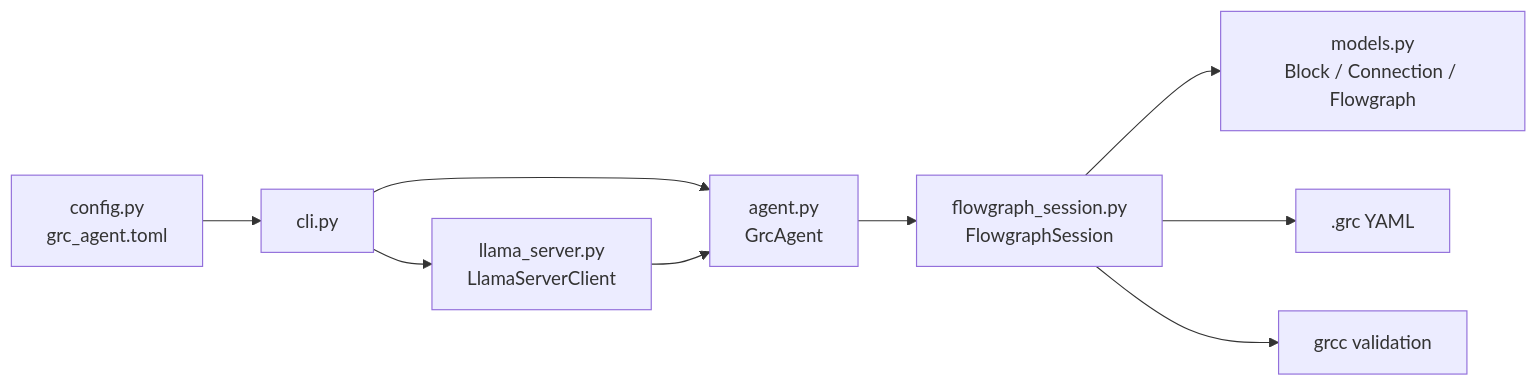
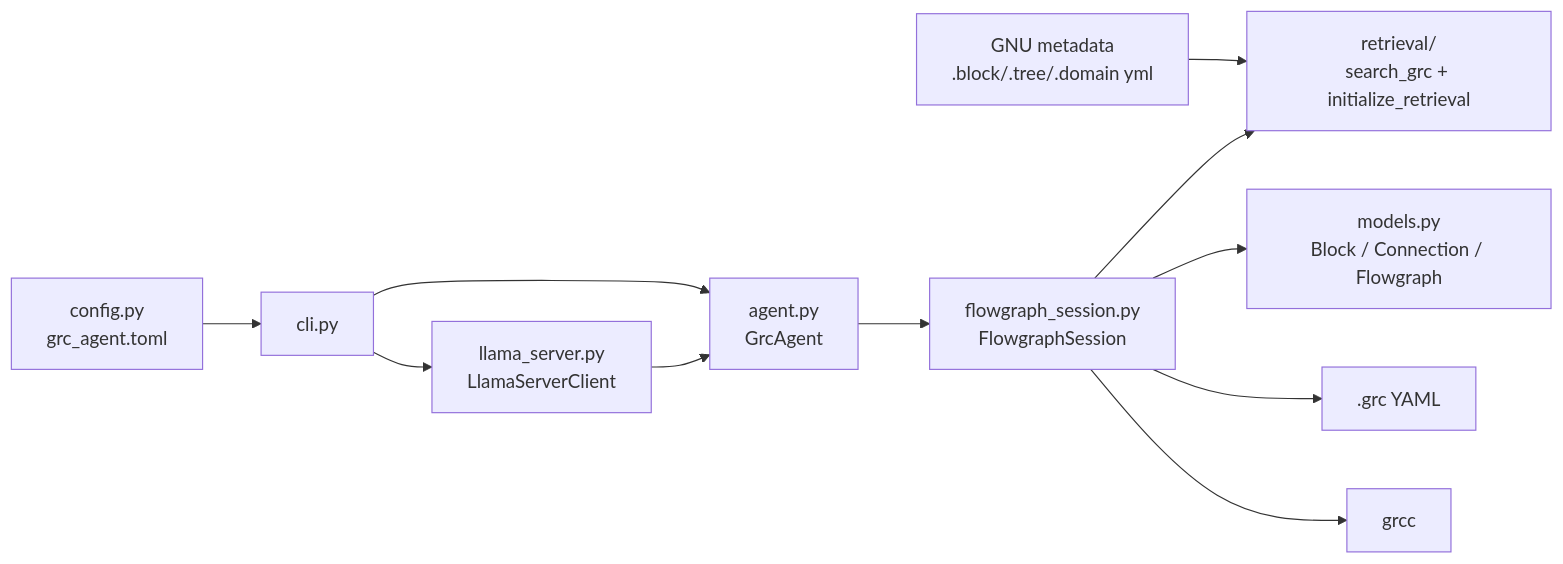
Before and after one commit to qoherent/GRC-Agent: the first of 2 diagrams in docs/PACKAGE_GUIDE.md, drawn with Mermaid. The commit also changed other lines of this file and 30 other files, not shown here.

````diff
--- a/docs/PACKAGE_GUIDE.md
+++ b/docs/PACKAGE_GUIDE.md
@@ -19,19 +16,24 @@
 ```mermaid
 flowchart LR
-  Config[config.py\ngrc_agent.toml]
-  CLI[cli.py]
-  Llama[llama_server.py\nLlamaServerClient]
-  Agent[agent.py\nGrcAgent]
-  Session[flowgraph_session.py\nFlowgraphSession]
-  Models[models.py\nBlock / Connection / Flowgraph]
-  Raw[.grc YAML]
-  Grcc[grcc validation]
+  Config["config.py<br/>grc_agent.toml"]
+  CLI["cli.py"]
+  Llama["llama_server.py<br/>LlamaServerClient"]
+  Agent["agent.py<br/>GrcAgent"]
+  Retrieval["retrieval/<br/>search_grc + initialize_retrieval"]
+  Session["flowgraph_session.py<br/>FlowgraphSession"]
+  Catalog["GNU metadata<br/>.block/.tree/.domain yml"]
+  Models["models.py<br/>Block / Connection / Flowgraph"]
+  Raw[".grc YAML"]
+  Grcc["grcc"]
+
   Config --> CLI
   CLI --> Agent
   CLI --> Llama
   Llama --> Agent
   Agent --> Session
+  Catalog --> Retrieval
+  Session --> Retrieval
   Session --> Models
   Session --> Raw
   Session --> Grcc
 ```
````
